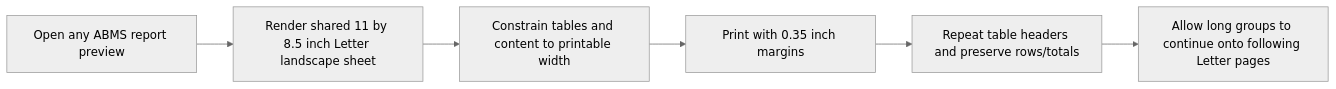
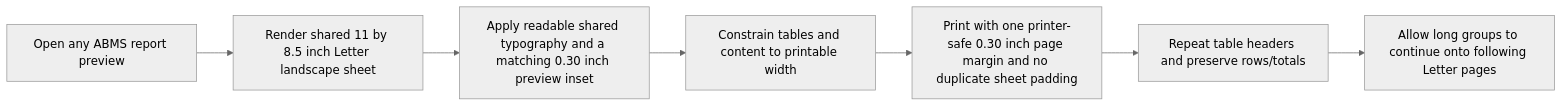
Before and after one commit to AdamsonUniversity-ITC/adulivev6-monorepo: diagram 21 of 23 in docs/abms/flowcharts.md, drawn with Mermaid (neutral theme). The commit also changed other lines of this file and 43 other files, not shown here.

````diff
--- a/docs/abms/flowcharts.md
+++ b/docs/abms/flowcharts.md
@@ -393,8 +415,9 @@
 ```mermaid
 flowchart LR
     A[Open any ABMS report preview] --> B[Render shared 11 by 8.5 inch Letter landscape sheet]
-    B --> C[Constrain tables and content to printable width]
-    C --> D[Print with 0.35 inch margins]
-    D --> E[Repeat table headers and preserve rows/totals]
-    E --> F[Allow long groups to continue onto following Letter pages]
+    B --> C[Apply readable shared typography and a matching 0.30 inch preview inset]
+    C --> D[Constrain tables and content to printable width]
+    D --> E[Print with one printer-safe 0.30 inch page margin and no duplicate sheet padding]
+    E --> F[Repeat table headers and preserve rows/totals]
+    F --> G[Allow long groups to continue onto following Letter pages]
 ```
````
